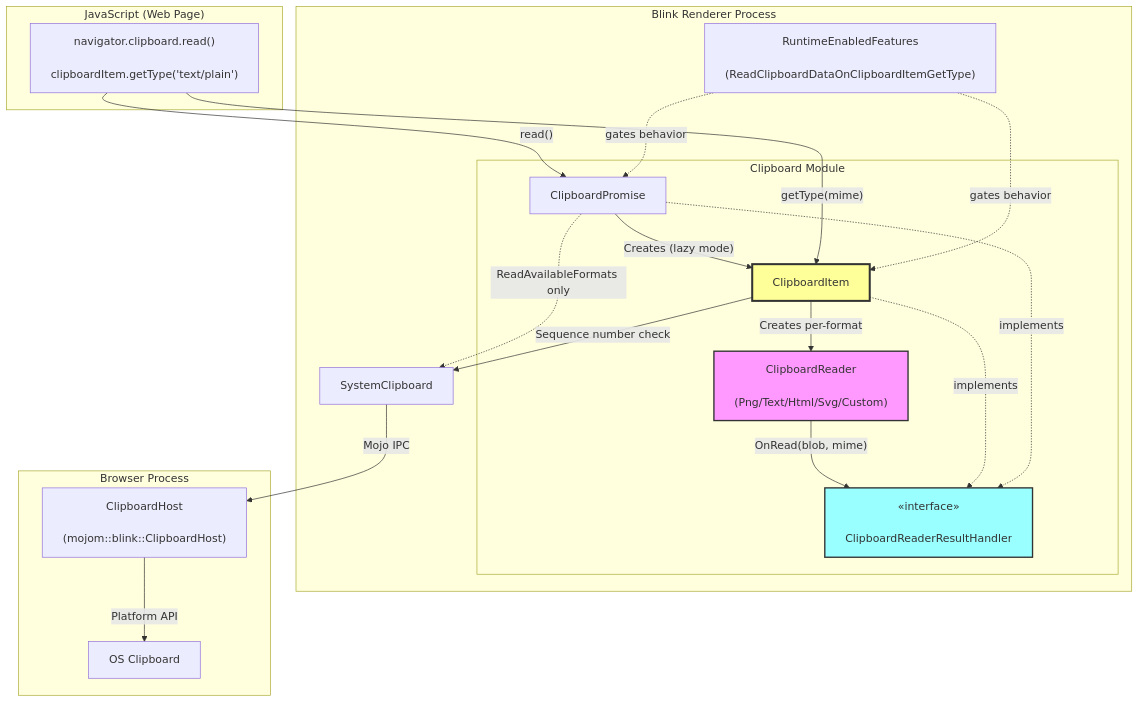
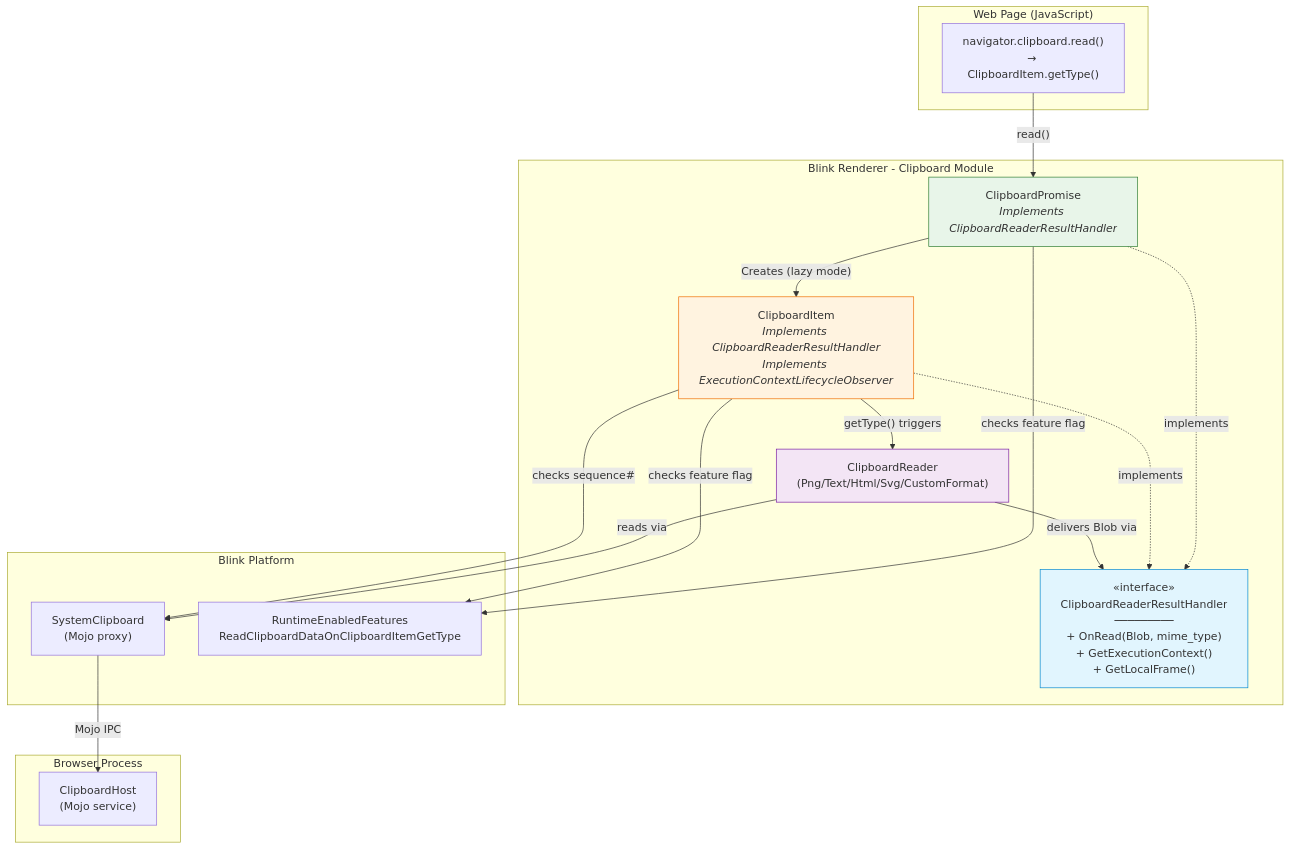
The first of 3 diagrams in fixes/cl-6978530-20260228/hld.md (roraja/cr-llm-docs), drawn with Mermaid before and after one commit. The commit also changed other lines of this file, not shown here.

````diff
--- a/fixes/cl-6978530-20260228/hld.md
+++ b/fixes/cl-6978530-20260228/hld.md
@@ -33,45 +34,41 @@
 ```mermaid
 graph TB
-    subgraph "JavaScript (Web Page)"
-        JS["navigator.clipboard.read()
-        clipboardItem.getType('text/plain')"]
+    subgraph "Web Page (JavaScript)"
+        JS["navigator.clipboard.read()<br/>→ ClipboardItem.getType()"]
     end
 
-    subgraph "Blink Renderer Process"
-        subgraph "Clipboard Module"
-            CP["ClipboardPromise"]
-            CI["ClipboardItem"]
-            CR["ClipboardReader
-            (Png/Text/Html/Svg/Custom)"]
-            CRRH["«interface»
-            ClipboardReaderResultHandler"]
-        end
-        SC["SystemClipboard"]
-        REF["RuntimeEnabledFeatures
-        (ReadClipboardDataOnClipboardItemGetType)"]
+    subgraph "Blink Renderer - Clipboard Module"
+        CP["ClipboardPromise<br/><i>Implements ClipboardReaderResultHandler</i>"]
+        CI["ClipboardItem<br/><i>Implements ClipboardReaderResultHandler</i><br/><i>Implements ExecutionContextLifecycleObserver</i>"]
+        CR["ClipboardReader<br/>(Png/Text/Html/Svg/CustomFormat)"]
+        CRRH["«interface»<br/>ClipboardReaderResultHandler<br/>─────────<br/>+ OnRead(Blob, mime_type)<br/>+ GetExecutionContext()<br/>+ GetLocalFrame()"]
+    end
+
+    subgraph "Blink Platform"
+        SC["SystemClipboard<br/>(Mojo proxy)"]
+        REF["RuntimeEnabledFeatures<br/>ReadClipboardDataOnClipboardItemGetType"]
     end
 
     subgraph "Browser Process"
-        CH["ClipboardHost
-        (mojom::blink::ClipboardHost)"]
-        OSC["OS Clipboard"]
+        CH["ClipboardHost<br/>(Mojo service)"]
     end
 
     JS -->|"read()"| CP
     CP -->|"Creates (lazy mode)"| CI
-    CP -.->|"ReadAvailableFormats only"| SC
-    JS -->|"getType(mime)"| CI
-    CI -->|"Creates per-format"| CR
-    CR -->|"OnRead(blob, mime)"| CRRH
+    CI -->|"getType() triggers"| CR
+    CR -->|"reads via"| SC
+    SC -->|"Mojo IPC"| CH
+
+    CP -.->|implements| CRRH
     CI -.->|implements| CRRH
-    CP -.->|implements| CRRH
-    SC -->|"Mojo IPC"| CH
-    CH -->|"Platform API"| OSC
-    CI -->|"Sequence number check"| SC
-    REF -.->|"gates behavior"| CP
-    REF -.->|"gates behavior"| CI
+    CR -->|"delivers Blob via"| CRRH
 
-    style CI fill:#ff9,stroke:#333,stroke-width:3px
-    style CRRH fill:#9ff,stroke:#333,stroke-width:2px
-    style CR fill:#f9f,stroke:#333,stroke-width:2px
+    CI -->|"checks sequence#"| SC
+    CP -->|"checks feature flag"| REF
+    CI -->|"checks feature flag"| REF
+
+    style CRRH fill:#e1f5fe,stroke:#0288d1
+    style CI fill:#fff3e0,stroke:#ef6c00
+    style CR fill:#f3e5f5,stroke:#7b1fa2
+    style CP fill:#e8f5e9,stroke:#2e7d32
 ```
````
